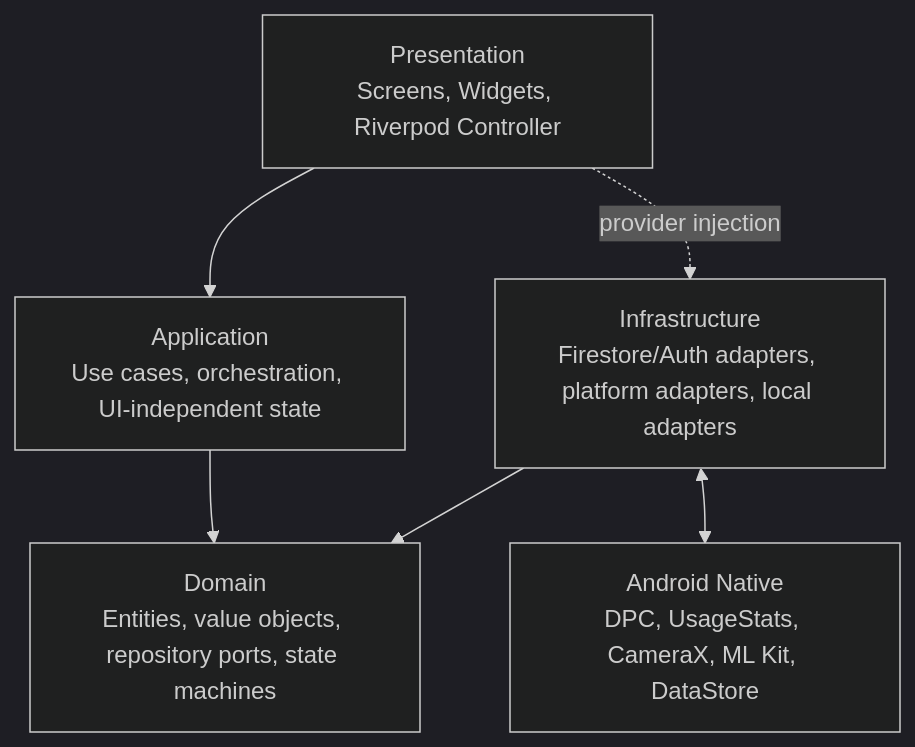
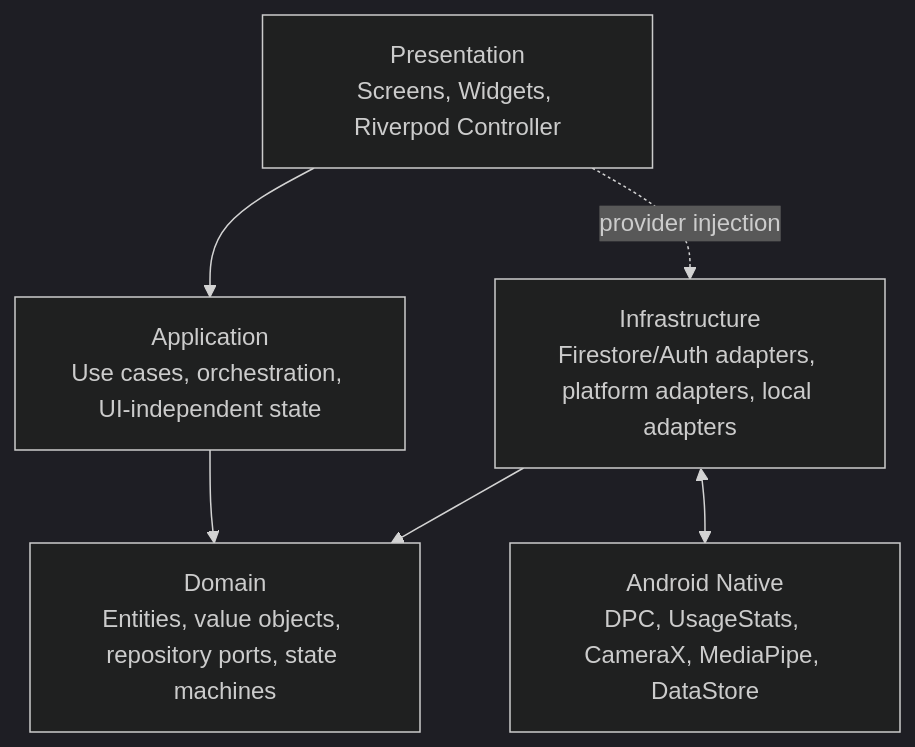
One commit to kren-team/MICHIZURE changed the second of 5 diagrams in docs/architecture.md. Above: the diagram before and after it, drawn with Mermaid (dark theme). The commit also changed other lines of this file and 15 other files, not shown here.

````diff
--- a/docs/architecture.md
+++ b/docs/architecture.md
@@ -74,14 +74,14 @@
 ```mermaid
 flowchart TD
     Presentation["Presentation<br/>Screens, Widgets, Riverpod Controller"]
     Application["Application<br/>Use cases, orchestration, UI-independent state"]
     Domain["Domain<br/>Entities, value objects, repository ports, state machines"]
     Infrastructure["Infrastructure<br/>Firestore/Auth adapters, platform adapters, local adapters"]
-    Native["Android Native<br/>DPC, UsageStats, CameraX, ML Kit, DataStore"]
+    Native["Android Native<br/>DPC, UsageStats, CameraX, MediaPipe, DataStore"]
 
     Presentation --> Application
     Application --> Domain
     Infrastructure --> Domain
     Presentation -. provider injection .-> Infrastructure
     Infrastructure <--> Native
 ```
````
